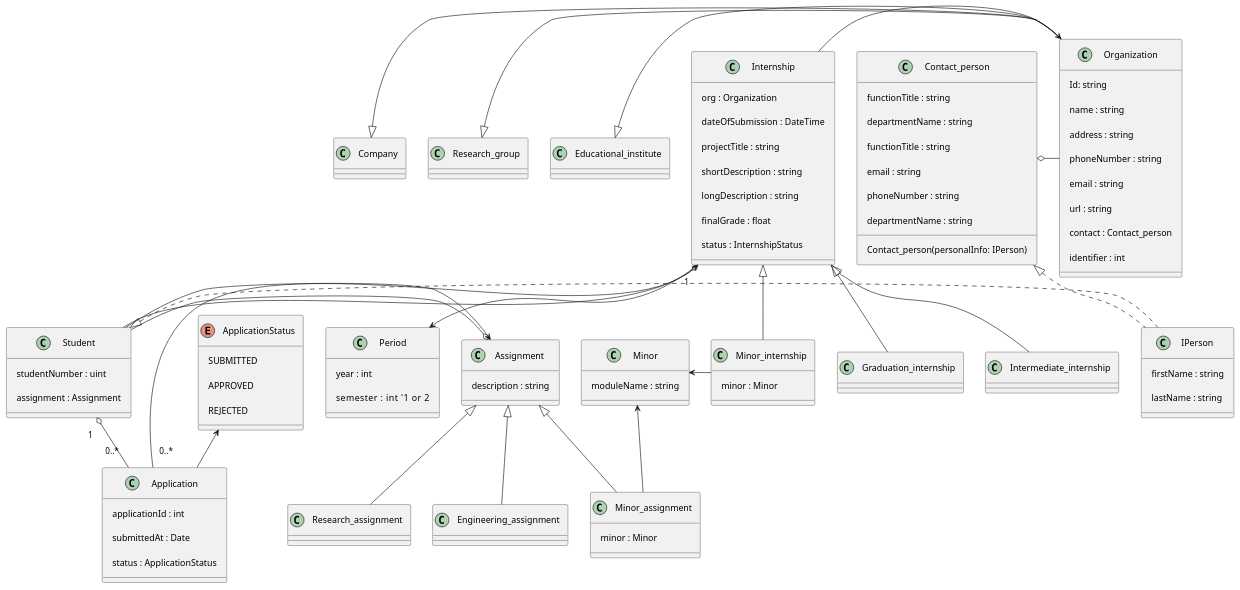
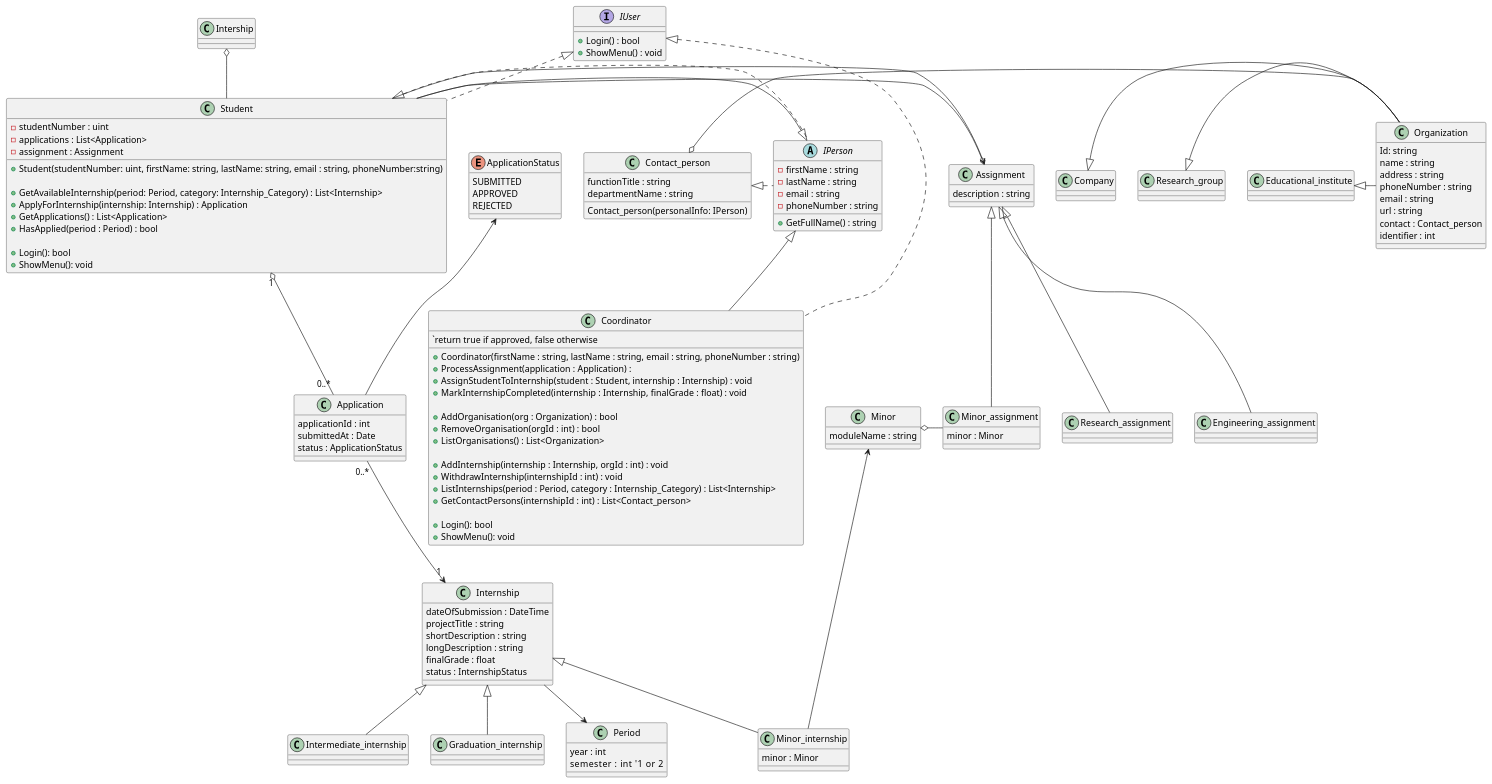
One commit to JoiningwithMattheus/Week1 changed the diagram in Week3/ClassDiagram.puml. Above: the diagram before and after it, drawn with PlantUML.

Commit message:
Student And Coordindator

```diff
--- a/Week3/ClassDiagram.puml
+++ b/Week3/ClassDiagram.puml
@@ -1,130 +1,167 @@
 @startuml SIS
-skinparam padding 10
+
+interface IUser{
+    +Login() : bool
+    +ShowMenu() : void
+}
+
+abstract class IPerson{
+    -firstName : string
+    -lastName : string
+    -email : string
+    -phoneNumber : string
+    +GetFullName() : string
+}
+
+class Student {
+    -studentNumber : uint
+    -applications : List<Application>
+    -assignment : Assignment
+
+    +Student(studentNumber: uint, firstName: string, lastName: string, email : string, phoneNumber:string)
+
+    +GetAvailableInternship(period: Period, category: Internship_Category) : List<Internship>
+    +ApplyForInternship(internship: Internship) : Application
+    +GetApplications() : List<Application>
+    +HasApplied(period : Period) : bool
+
+    +Login(): bool
+    +ShowMenu(): void
+}
+
+class Coordinator {
+    +Coordinator(firstName : string, lastName : string, email : string, phoneNumber : string)
+
+    `return true if approved, false otherwise
+    +ProcessAssignment(application : Application) : 
+    +AssignStudentToInternship(student : Student, internship : Internship) : void
+    +MarkInternshipCompleted(internship : Internship, finalGrade : float) : void
+
+    +AddOrganisation(org : Organization) : bool
+    +RemoveOrganisation(orgId : int) : bool
+    +ListOrganisations() : List<Organization>
+
+    +AddInternship(internship : Internship, orgId : int) : void
+    +WithdrawInternship(internshipId : int) : void
+    +ListInternships(period : Period, category : Internship_Category) : List<Internship>
+    +GetContactPersons(internshipId : int) : List<Contact_person>
+
+    +Login(): bool
+    +ShowMenu(): void
+}
+
+IUser <|.. Student
+IUser <|.. Coordinator
+
+IPerson <|-- Student
+IPerson <|-- Coordinator
+
 
 class Organization {
     Id: string
     name : string
     address : string
     phoneNumber : string
     email : string
     url : string
     contact : Contact_person
     identifier : int
 }
 
 class Contact_person {
     Contact_person(personalInfo: IPerson)
     functionTitle : string
     departmentName : string
 }
 
 class Company {
 
 }
 Company <|- Organization
 
 class Research_group{
 
 }
 Research_group <|- Organization
 
 class Educational_institute{
 
 }
 Educational_institute <|- Organization
 
 class Period {
     year : int
     semester : int     '1 or 2
 }
 
 class Internship {
-    org : Organization
     dateOfSubmission : DateTime
     projectTitle : string
     shortDescription : string
     longDescription : string
     finalGrade : float
     status : InternshipStatus
 }
-Internship -> Organization
+
 Internship --> Period
 
 class Intermediate_internship
 
 class Minor_internship {
     minor : Minor
 }
 
 class Graduation_internship
 
 Internship <|-- Intermediate_internship
 Internship <|-- Minor_internship
 Internship <|-- Graduation_internship
 
 class Assignment {
     description : string
 }
 Assignment o- Student
 
 class Research_assignment
 class Minor_assignment {
     minor : Minor
 }
 
 class Engineering_assignment
 
 Assignment <|-- Research_assignment
 Assignment <|-- Minor_assignment
 Assignment <|-- Engineering_assignment
 
-class IPerson{
-    firstName : string
-    lastName : string
-
-}
-
-class Student {
-    studentNumber : uint
-    assignment : Assignment
-
-}
 Student <|. IPerson
 
-class Contact_person {
-    functionTitle : string
-    email : string
-    phoneNumber : string
-    departmentName : string
-
-}
 Contact_person <|. IPerson
 Contact_person o- Organization
 
 class Minor {
     moduleName : string
 }
-Minor <- Minor_internship
-Minor <- Minor_assignment
+Minor <-- Minor_internship
+Minor o- Minor_assignment
 
 class Application {
     applicationId : int
     submittedAt : Date
     status : ApplicationStatus
 }
 
 enum ApplicationStatus {
     SUBMITTED
     APPROVED
     REJECTED
 }
 
 ApplicationStatus <-- Application
 
 Student "1" o-- "0..*" Application
 Application "0..*" --> "1" Internship
 
-Internship o-- Student
+Intership o-- Student
 Student --> Assignment
 
 @enduml
```
